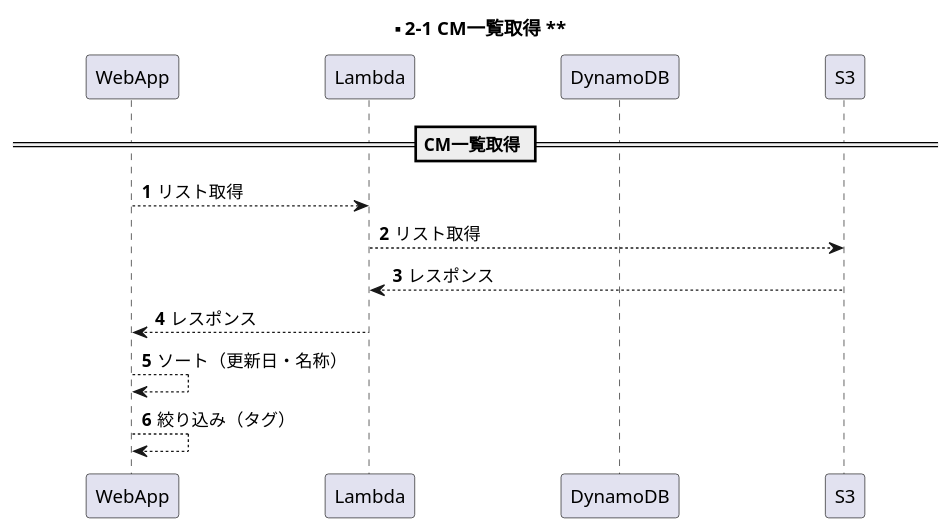
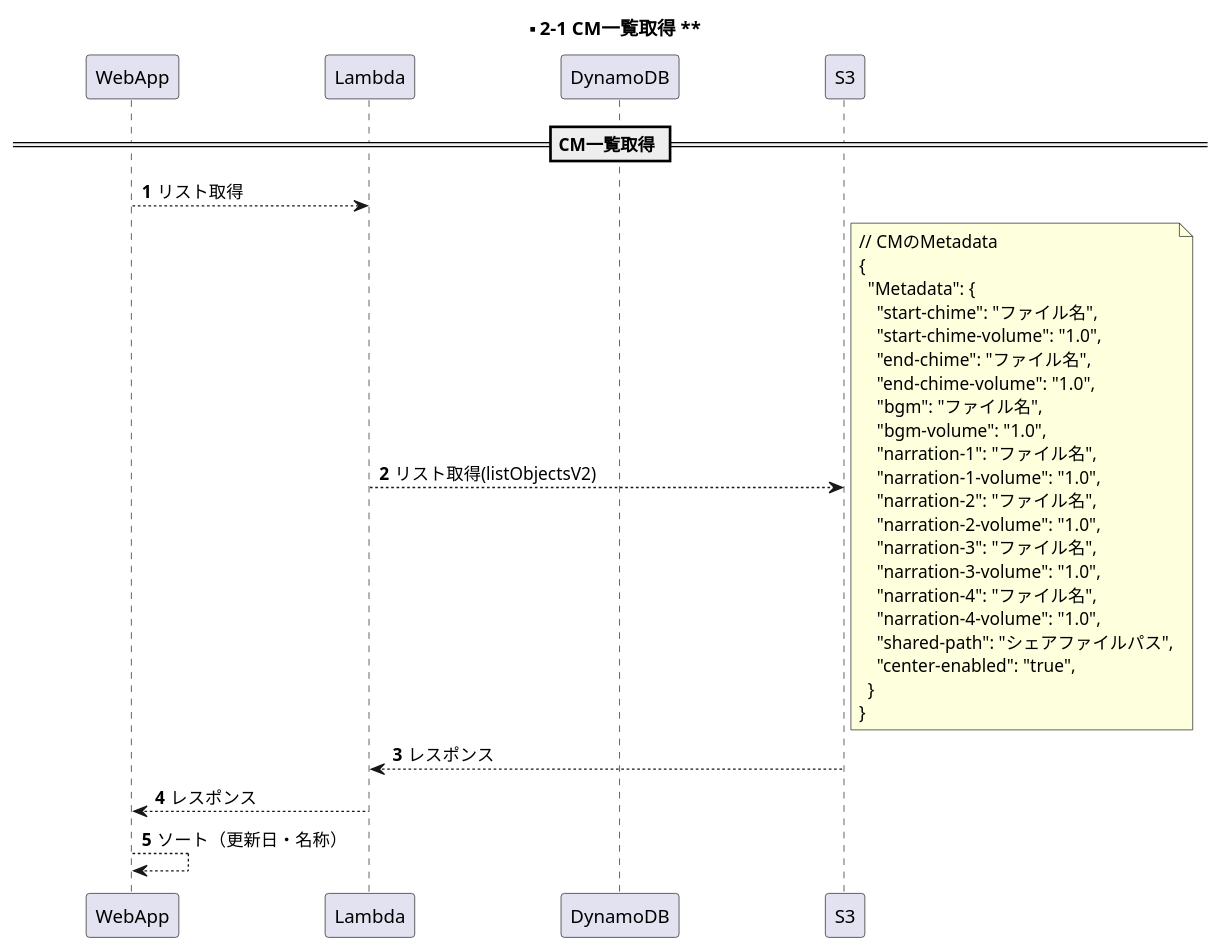
One commit to y-watanabe-usen/umesse-test changed the diagram in documents/uml/s2-1.wsd. Above: the diagram before and after it, drawn with PlantUML. The commit also changed 13 other files, not shown here.

```diff
--- a/documents/uml/s2-1.wsd
+++ b/documents/uml/s2-1.wsd
@@ -1,20 +1,42 @@
 @startuml s2-1
 
 participant WebApp order 1
 participant Lambda order 2
 participant DynamoDB order 3
 participant S3 order 4
 skinparam ParticipantPadding 50
 autonumber
 
 title ** 2-1 CM一覧取得 **
 
 == CM一覧取得 ==
 WebApp --> Lambda: リスト取得
-Lambda --> S3: リスト取得
+Lambda --> S3: リスト取得(listObjectsV2)
+note right
+// CMのMetadata
+{
+  "Metadata": {
+    "start-chime": "ファイル名",
+    "start-chime-volume": "1.0",
+    "end-chime": "ファイル名",
+    "end-chime-volume": "1.0",
+    "bgm": "ファイル名",
+    "bgm-volume": "1.0",
+    "narration-1": "ファイル名",
+    "narration-1-volume": "1.0",
+    "narration-2": "ファイル名",
+    "narration-2-volume": "1.0",
+    "narration-3": "ファイル名",
+    "narration-3-volume": "1.0",
+    "narration-4": "ファイル名",
+    "narration-4-volume": "1.0",
+    "shared-path": "シェアファイルパス",
+    "center-enabled": "true",
+  }
+}
+end note
 Lambda <-- S3: レスポンス
 WebApp <-- Lambda: レスポンス
 WebApp --> WebApp: ソート（更新日・名称）
-WebApp --> WebApp: 絞り込み（タグ）
 
 @enduml
```
